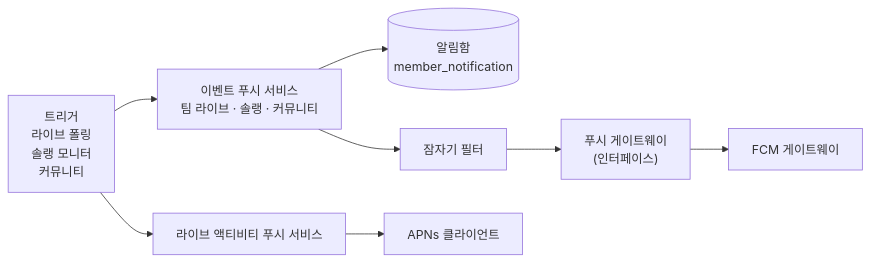
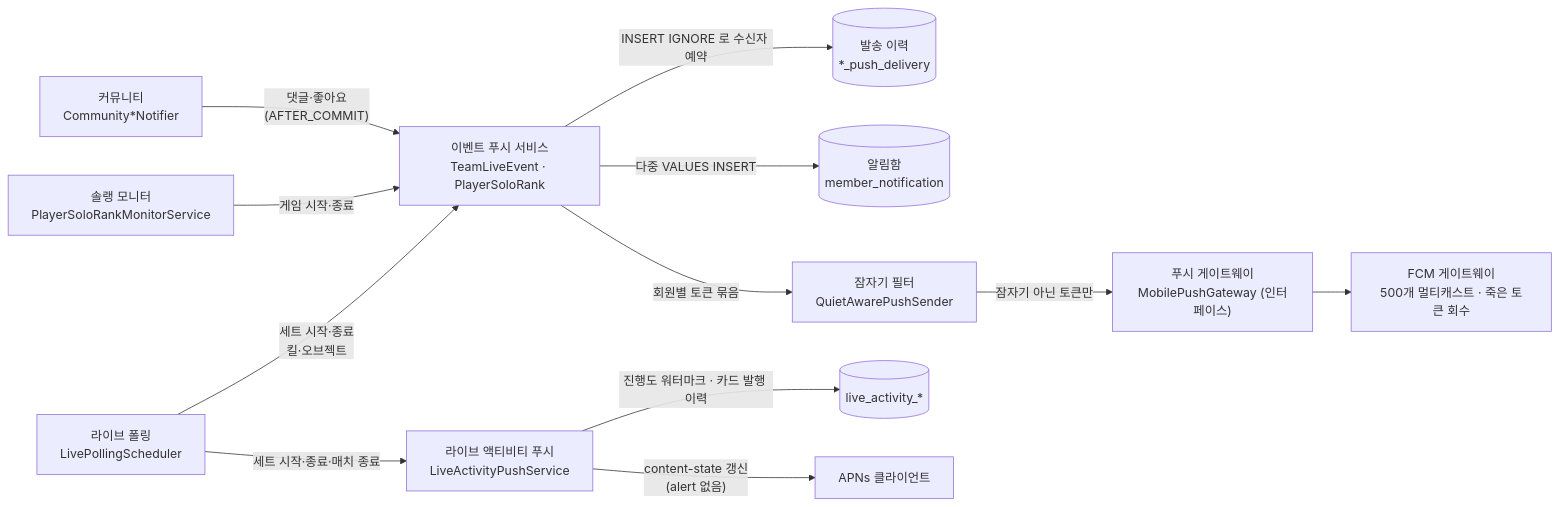
One commit to NAR-GG/nar-back-repo changed the second of 2 diagrams in docs/notification-push-architecture.md. Above: the diagram before and after it, drawn with Mermaid. The commit also changed other lines of this file, not shown here.

````diff
--- a/docs/notification-push-architecture.md
+++ b/docs/notification-push-architecture.md
@@ -5,13 +35,17 @@
 ```mermaid
 flowchart LR
-    T["트리거<br/>라이브 폴링<br/>솔랭 모니터<br/>커뮤니티"]
-    T --> E[이벤트 푸시 서비스<br/>팀 라이브 · 솔랭 · 커뮤니티]
-    T --> L[라이브 액티비티 푸시 서비스]
+    POLL["라이브 폴링<br/>LivePollingScheduler"] -->|"세트 시작·종료<br/>킬·오브젝트"| EVT
+    SOLO["솔랭 모니터<br/>PlayerSoloRankMonitorService"] -->|"게임 시작·종료"| EVT
+    COMM["커뮤니티<br/>Community*Notifier"] -->|"댓글·좋아요<br/>(AFTER_COMMIT)"| EVT
 
-    E --> N[(알림함<br/>member_notification)]
-    E --> Q[잠자기 필터]
-    Q --> G["푸시 게이트웨이<br/>(인터페이스)"]
-    G --> F[FCM 게이트웨이]
+    EVT["이벤트 푸시 서비스<br/>TeamLiveEvent · PlayerSoloRank"]
+    EVT -->|"INSERT IGNORE 로 수신자 예약"| DEDUP[("발송 이력<br/>*_push_delivery")]
+    EVT -->|"다중 VALUES INSERT"| FEED[("알림함<br/>member_notification")]
+    EVT -->|"회원별 토큰 묶음"| QUIET["잠자기 필터<br/>QuietAwarePushSender"]
+    QUIET -->|"잠자기 아닌 토큰만"| GW["푸시 게이트웨이<br/>MobilePushGateway (인터페이스)"]
+    GW --> FCMGW["FCM 게이트웨이<br/>500개 멀티캐스트 · 죽은 토큰 회수"]
 
-    L --> A[APNs 클라이언트]
+    POLL -->|"세트 시작·종료·매치 종료"| LA["라이브 액티비티 푸시<br/>LiveActivityPushService"]
+    LA -->|"진행도 워터마크 · 카드 발행 이력"| LADB[("live_activity_*")]
+    LA -->|"content-state 갱신<br/>(alert 없음)"| APNS["APNs 클라이언트"]
 ```
````
